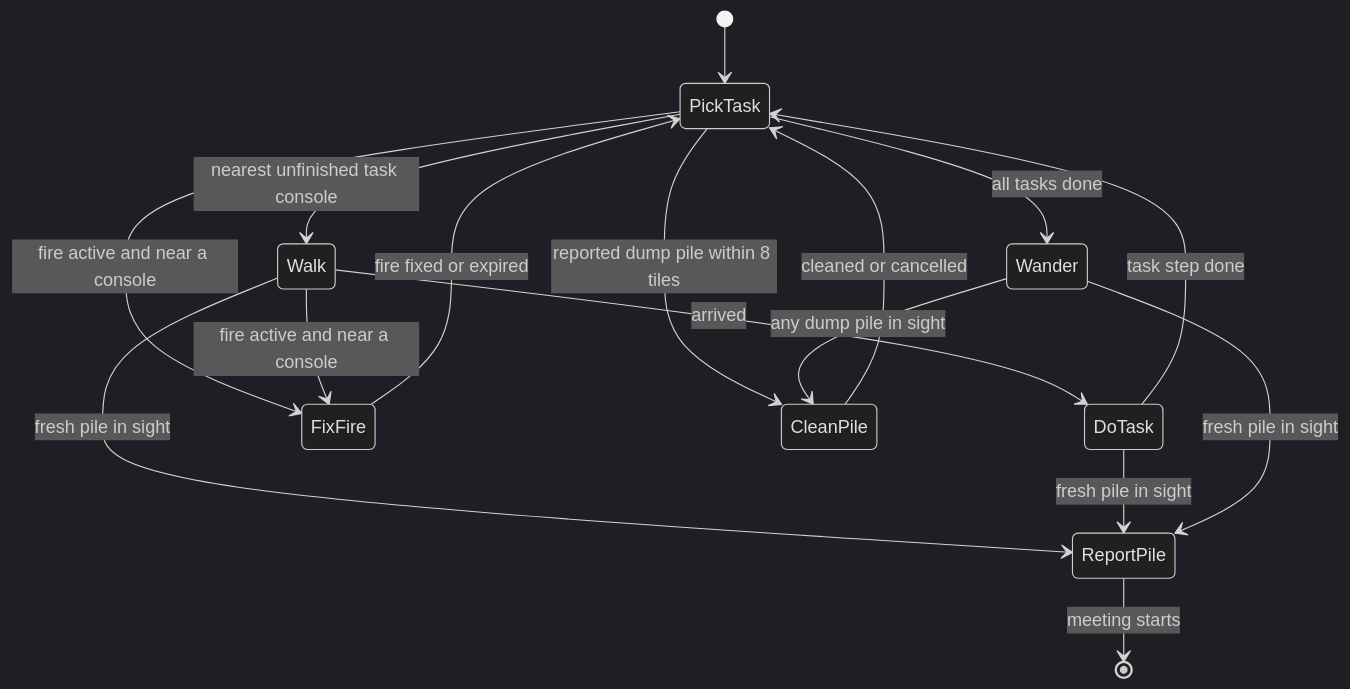
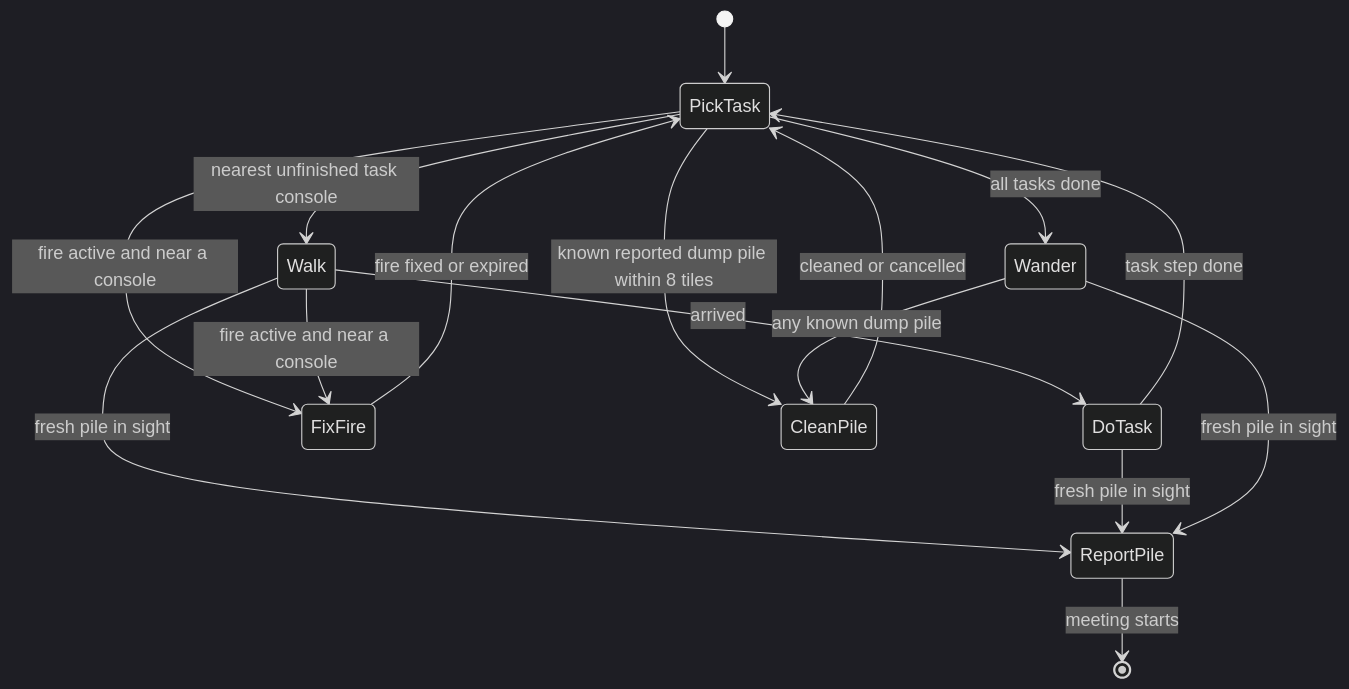
The second of 5 diagrams in docs/architecture/06-bots-and-ai.md (Faouzi-Blibech/EcoSus-Uncycled), drawn with Mermaid (dark theme) before and after one commit. The commit also changed other lines of this file and 11 other files, not shown here.

Commit message:
docs: second design review (2026-11-14) for the architecture views and the design spec

````diff
--- a/docs/architecture/06-bots-and-ai.md
+++ b/docs/architecture/06-bots-and-ai.md
@@ -32,18 +38,18 @@
 ```mermaid
 stateDiagram-v2
     [*] --> PickTask
     PickTask --> Walk: nearest unfinished task console
     Walk --> DoTask: arrived
     DoTask --> PickTask: task step done
     Walk --> ReportPile: fresh pile in sight
     DoTask --> ReportPile: fresh pile in sight
     ReportPile --> [*]: meeting starts
     PickTask --> FixFire: fire active and near a console
     Walk --> FixFire: fire active and near a console
     FixFire --> PickTask: fire fixed or expired
     PickTask --> Wander: all tasks done
     Wander --> ReportPile: fresh pile in sight
-    PickTask --> CleanPile: reported dump pile within 8 tiles
-    Wander --> CleanPile: any dump pile in sight
+    PickTask --> CleanPile: known reported dump pile within 8 tiles
+    Wander --> CleanPile: any known dump pile
     CleanPile --> PickTask: cleaned or cancelled
 ```
````
